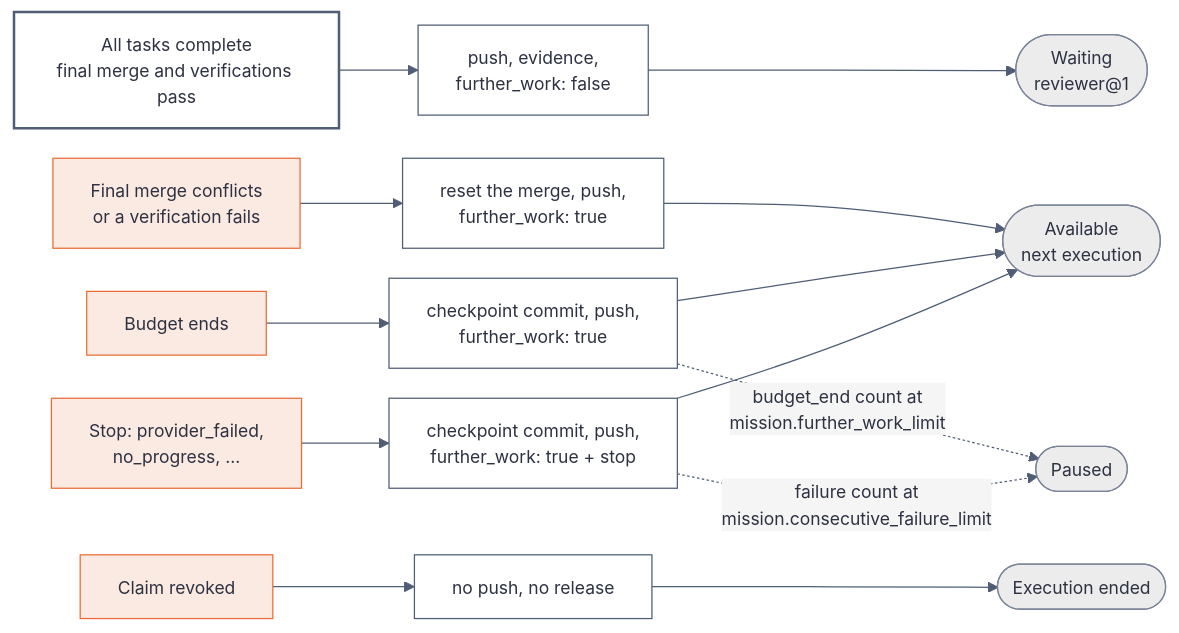
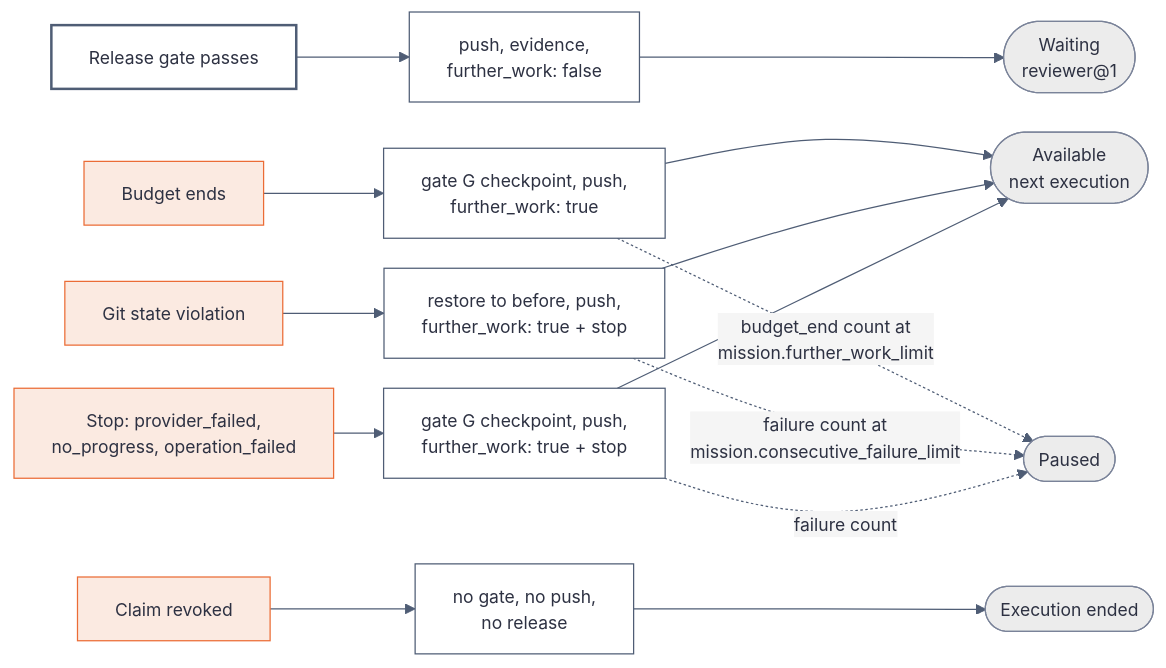
The third of 3 diagrams in docs/explanation/coder-worker.md (kanthorlabs/kanthord), drawn with Mermaid before and after one commit. The commit also changed other lines of this file and 4 other files, not shown here.

````diff
--- a/docs/explanation/coder-worker.md
+++ b/docs/explanation/coder-worker.md
@@ -295,19 +401,20 @@
 ```mermaid
 %%{init: {"theme": "base", "themeVariables": {"background": "#f5f5f5", "primaryColor": "#ffffff", "primaryTextColor": "#2d3142", "primaryBorderColor": "#4f5d75", "secondaryColor": "#ececec", "tertiaryColor": "#f5f5f5", "lineColor": "#4f5d75", "edgeLabelBackground": "#f5f5f5", "fontFamily": "system-ui, sans-serif", "fontSize": "14px"}, "flowchart": {"htmlLabels": true, "useMaxWidth": false, "nodeSpacing": 24, "rankSpacing": 40}}}%%
 flowchart LR
     accTitle: How a coder@1 execution ends
-    accDescr: Success releases with further work false to Waiting. A failed final merge and a budget end release with further work true to Available. A stop releases with further work true and the stop reason. A revocation ends with no release.
-    ok["All tasks complete<br/>final merge and verifications pass"] --> r1["push, evidence,<br/>further_work: false"] --> waiting(["Waiting<br/>reviewer@1"])
-    merge["Final merge conflicts<br/>or a verification fails"] --> r2["reset the merge, push,<br/>further_work: true"] --> available(["Available<br/>next execution"])
-    budget["Budget ends"] --> r3["checkpoint commit, push,<br/>further_work: true"] --> available
-    r3 -. "budget_end count at<br/>mission.further_work_limit" .-> paused(["Paused"])
-    stop["Stop: provider_failed,<br/>no_progress, ..."] --> r4["checkpoint commit, push,<br/>further_work: true + stop"] --> available
-    r4 -. "failure count at<br/>mission.consecutive_failure_limit" .-> paused
-    revoked["Claim revoked"] --> r5["no push, no release"] --> ended(["Execution ended"])
+    accDescr: A pass of the release gate releases with further work false to Waiting. A budget end runs gate G in checkpoint mode, pushes and releases with further work true to Available, with the budget_end stop only when no unit completed. A violation of the git state restores the head before the turn, pushes and releases with further work true and the stop. Any other stop runs gate G in checkpoint mode, pushes and releases with further work true and the stop. A revocation ends with no gate, no push and no release.
+    ok["Release gate passes"] --> r1["push, evidence,<br/>further_work: false"] --> waiting(["Waiting<br/>reviewer@1"])
+    budget["Budget ends"] --> r2["gate G checkpoint, push,<br/>further_work: true"] --> available(["Available<br/>next execution"])
+    r2 -. "budget_end count at<br/>mission.further_work_limit" .-> paused(["Paused"])
+    violation["Git state violation"] --> r3["restore to before, push,<br/>further_work: true + stop"] --> available
+    stop["Stop: provider_failed,<br/>no_progress, operation_failed"] --> r4["gate G checkpoint, push,<br/>further_work: true + stop"] --> available
+    r3 -. "failure count at<br/>mission.consecutive_failure_limit" .-> paused
+    r4 -. "failure count" .-> paused
+    revoked["Claim revoked"] --> r5["no gate, no push,<br/>no release"] --> ended(["Execution ended"])
     classDef good fill:#ffffff,stroke:#4f5d75,color:#2d3142,stroke-width:2px;
     classDef focal fill:#fbeae1,stroke:#eb6c36,color:#2d3142;
     classDef outcome fill:#ececec,stroke:#7a8399,color:#2d3142;
     class ok good;
-    class merge,budget,stop,revoked focal;
+    class budget,violation,stop,revoked focal;
     class waiting,available,paused,ended outcome;
 ```
````
